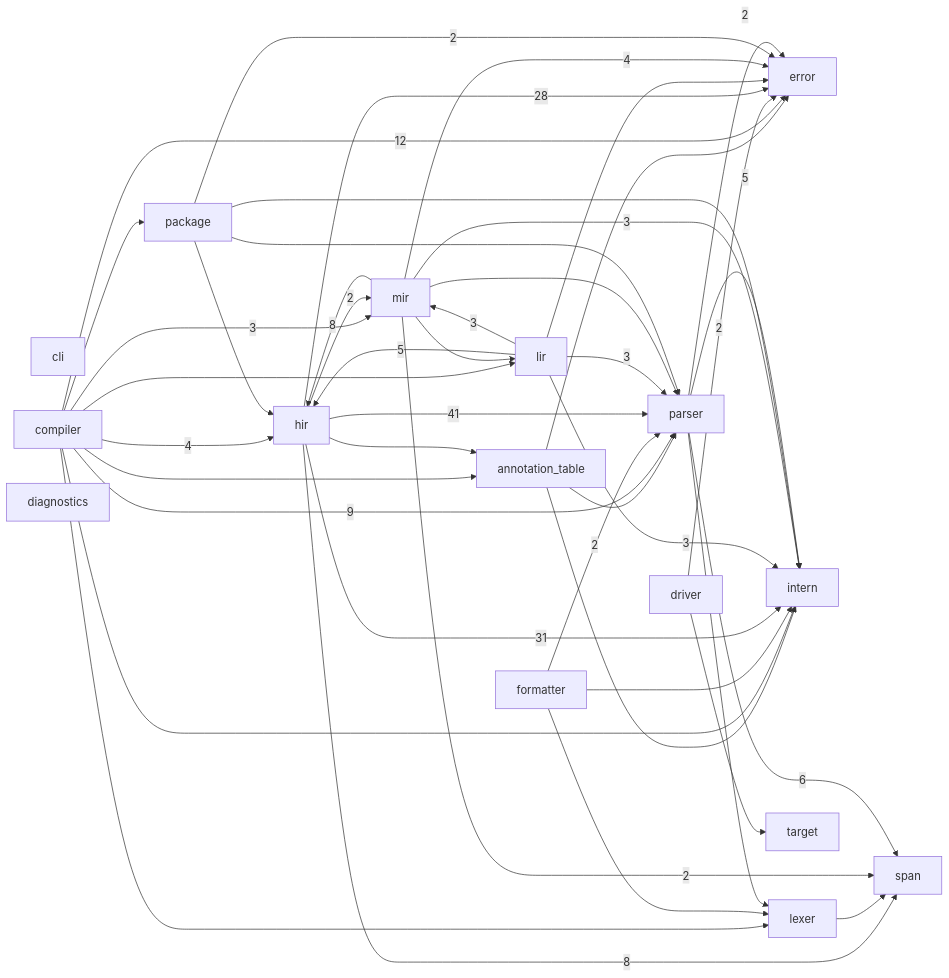
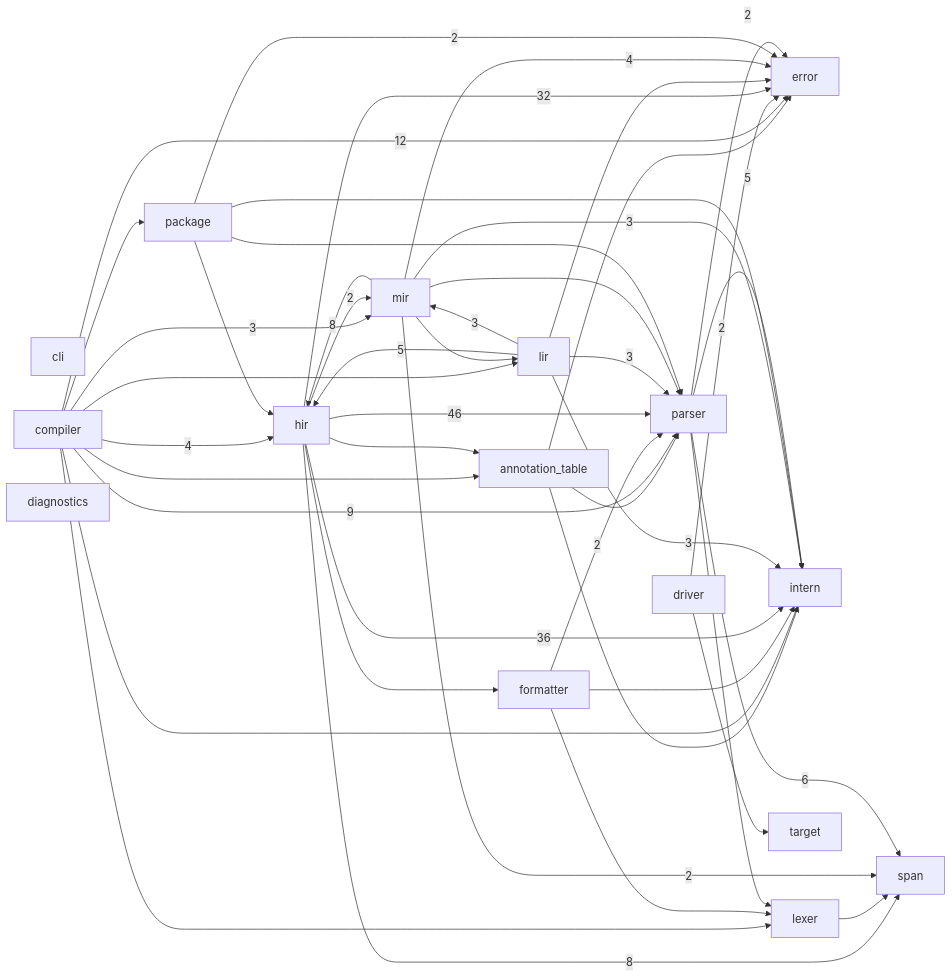
One commit to ayanami1ei/Ayanami-language changed the diagram in docs/module-graph.md. Above: the diagram before and after it, drawn with Mermaid. The commit also changed other lines of this file and 34 other files, not shown here.

````diff
--- a/docs/module-graph.md
+++ b/docs/module-graph.md
@@ -6,62 +6,63 @@
 ```mermaid
 graph LR
     annotation_table
     cli
     compiler
     diagnostics
     driver
     error
     formatter
     hir
     intern
     lexer
     lir
     mir
     package
     parser
     span
     target
     annotation_table --> error
     annotation_table --> intern
     annotation_table --> parser
     compiler --> annotation_table
     compiler -->|12| error
     compiler -->|4| hir
     compiler --> intern
     compiler --> lexer
     compiler --> lir
     compiler -->|3| mir
     compiler --> package
     compiler -->|9| parser
     driver -->|2| error
     driver --> target
     formatter --> intern
     formatter --> lexer
     formatter -->|2| parser
     hir --> annotation_table
-    hir -->|28| error
-    hir -->|31| intern
+    hir -->|32| error
+    hir --> formatter
+    hir -->|36| intern
     hir -->|2| mir
-    hir -->|41| parser
+    hir -->|46| parser
     hir -->|8| span
     lexer --> span
     lir --> error
     lir -->|5| hir
     lir -->|3| intern
     lir -->|3| mir
     lir -->|3| parser
     mir -->|4| error
     mir -->|8| hir
     mir -->|3| intern
     mir --> lir
     mir --> parser
     mir -->|2| span
     package -->|2| error
     package --> hir
     package --> intern
     package --> parser
     parser -->|2| error
     parser -->|5| intern
     parser --> lexer
     parser -->|6| span
 ```
````
